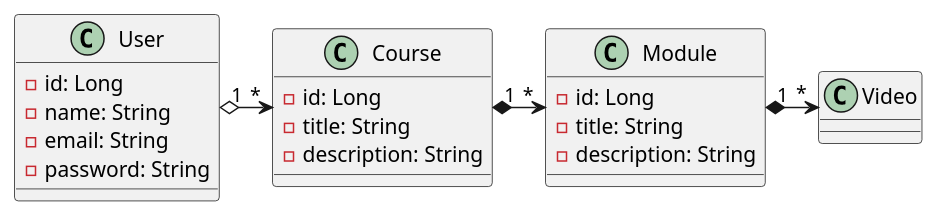
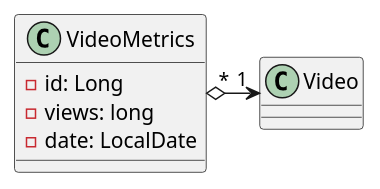
The diagram in backend/diagram-class.plantuml (luan-coelho/data-streaming), drawn with PlantUML before and after one commit.

Commit message:
refactor: Atualizando diagrama de classe.

```diff
--- a/backend/diagram-class.plantuml
+++ b/backend/diagram-class.plantuml
@@ -1,28 +1,14 @@
 @startuml
-class User {
-    - id: Long
-    - name: String
-    - email: String
-    - password: String
+
+class Video {
 }
 
-class Course {
+class VideoMetrics {
     - id: Long
-    - title: String
-    - description: String
+    - views: long
+    - date: LocalDate
 }
 
-class Module {
-    - id: Long
-    - title: String
-    - description: String
-}
-
-class Video {}
-
-User "1" o-> "*" Course
-Course "1" *-> "*" Module
-Module "1" *-> "*" Video
-
+VideoMetrics "*" o-> "1" Video
 
 @enduml
```
